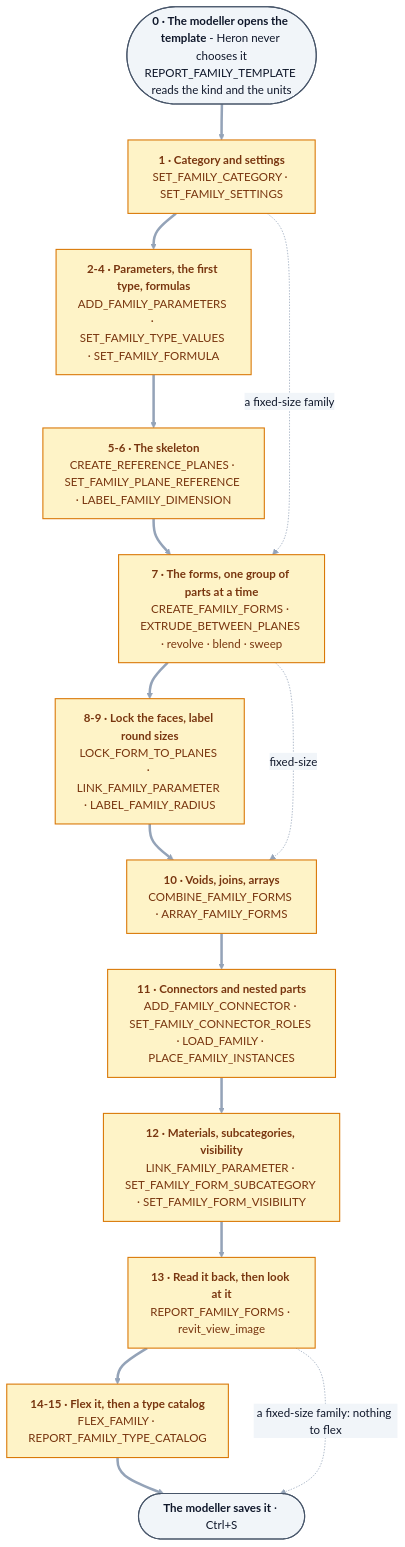
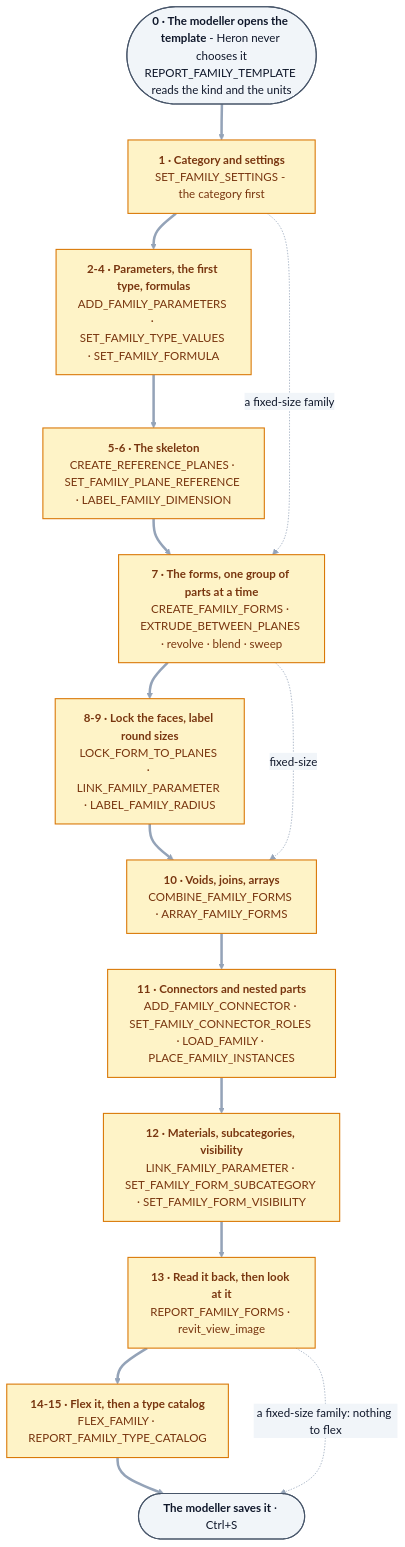
The diagram in docs/43-building-revit-families.md (Ajmalpshaik/Heron-AI), drawn with Mermaid before and after one commit. The commit also changed other lines of this file and 58 other files, not shown here.

````diff
--- a/docs/43-building-revit-families.md
+++ b/docs/43-building-revit-families.md
@@ -62,26 +62,26 @@
 ```mermaid
 %%{init: {"themeVariables": {"edgeLabelBackground":"#F1F5F9","lineColor":"#94A3B8","textColor":"#0F172A","tertiaryTextColor":"#0F172A"}}}%%
 flowchart TD
     S0(["<b>0 · The modeller opens the template</b> - Heron never chooses it<br/>REPORT_FAMILY_TEMPLATE reads the kind and the units"])
-    S1["<b>1 · Category and settings</b><br/>SET_FAMILY_CATEGORY · SET_FAMILY_SETTINGS"]
+    S1["<b>1 · Category and settings</b><br/>SET_FAMILY_SETTINGS - the category first"]
     S2["<b>2-4 · Parameters, the first type, formulas</b><br/>ADD_FAMILY_PARAMETERS · SET_FAMILY_TYPE_VALUES · SET_FAMILY_FORMULA"]
     S5["<b>5-6 · The skeleton</b><br/>CREATE_REFERENCE_PLANES · SET_FAMILY_PLANE_REFERENCE · LABEL_FAMILY_DIMENSION"]
     S7["<b>7 · The forms, one group of parts at a time</b><br/>CREATE_FAMILY_FORMS · EXTRUDE_BETWEEN_PLANES · revolve · blend · sweep"]
     S8["<b>8-9 · Lock the faces, label round sizes</b><br/>LOCK_FORM_TO_PLANES · LINK_FAMILY_PARAMETER · LABEL_FAMILY_RADIUS"]
     S10["<b>10 · Voids, joins, arrays</b><br/>COMBINE_FAMILY_FORMS · ARRAY_FAMILY_FORMS"]
     S11["<b>11 · Connectors and nested parts</b><br/>ADD_FAMILY_CONNECTOR · SET_FAMILY_CONNECTOR_ROLES · LOAD_FAMILY · PLACE_FAMILY_INSTANCES"]
     S12["<b>12 · Materials, subcategories, visibility</b><br/>LINK_FAMILY_PARAMETER · SET_FAMILY_FORM_SUBCATEGORY · SET_FAMILY_FORM_VISIBILITY"]
     S13["<b>13 · Read it back, then look at it</b><br/>REPORT_FAMILY_FORMS · revit_view_image"]
     S14["<b>14-15 · Flex it, then a type catalog</b><br/>FLEX_FAMILY · REPORT_FAMILY_TYPE_CATALOG"]
     SV(["<b>The modeller saves it</b> · Ctrl+S"])
 
     S0 ==> S1 ==> S2 ==> S5 ==> S7 ==> S8 ==> S10 ==> S11 ==> S12 ==> S13 ==> S14 ==> SV
     S1 -.->|a fixed-size family| S7
     S7 -.->|fixed-size| S10
     S13 -.->|a fixed-size family: nothing to flex| SV
 
     classDef user fill:#F1F5F9,stroke:#475569,stroke-width:1.5px,color:#0F172A
     classDef addin fill:#FEF3C7,stroke:#D97706,stroke-width:1.5px,color:#78350F
     class S0,SV user
     class S1,S2,S5,S7,S8,S10,S11,S12,S13,S14 addin
 ```
````
